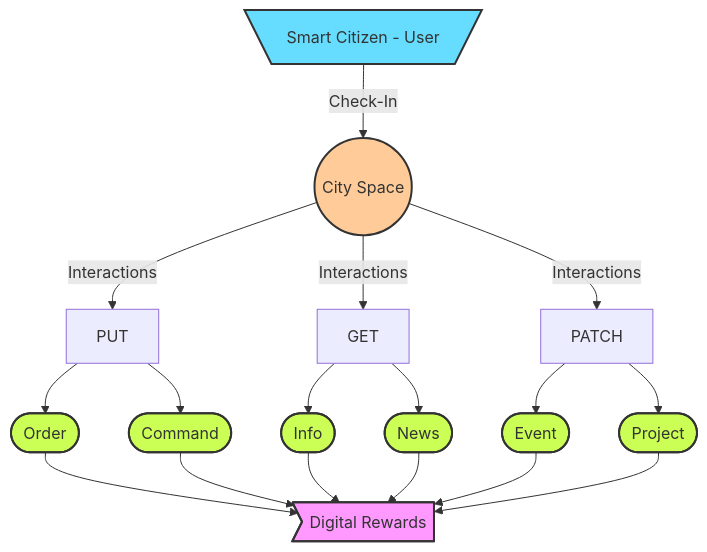
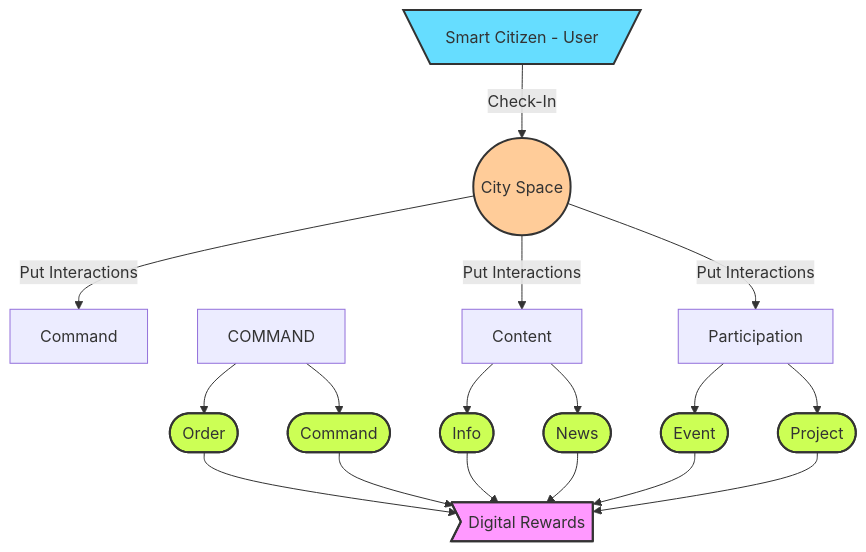
The diagram in pages/roadmap.md (cityos-work/cityos-dev), drawn with Mermaid before and after one commit.

````diff
--- a/pages/roadmap.md
+++ b/pages/roadmap.md
@@ -50,29 +50,29 @@
 ```mermaid
 graph TB;
     USER[\Smart Citizen - User/]-- Check-In -->SPACE((City Space));
-    SPACE-- Interactions -->PUT[PUT];
-    SPACE-- Interactions -->GET[GET];
-    SPACE-- Interactions -->PATCH[PATCH];
+    SPACE-- Put Interactions -->COMMAD[Command];
+    SPACE-- Put Interactions -->CONTENT[Content];
+    SPACE-- Put Interactions -->PARTICIPATION[Participation];
     
-    PUT-->ORDER([Order]);
-    PUT-->COMMAND([Command]);
-    GET-->INFO([Info]);
-    GET-->NEWS([News]);
-    PATCH-->EVENT([Event]);
-    PATCH-->PROJECT([Project]);
+    COMMAND-->ORDER([Order]);
+    COMMAND-->COM([Command]);
+    CONTENT-->INFO([Info]);
+    CONTENT-->NEWS([News]);
+    PARTICIPATION-->EVENT([Event]);
+    PARTICIPATION-->PROJECT([Project]);
     ORDER-->REWARD>Digital Rewards];
-    COMMAND-->REWARD;
+    COM-->REWARD;
     INFO-->REWARD;
     NEWS-->REWARD;
     EVENT-->REWARD;
     PROJECT-->REWARD;
     style USER fill:#6df,stroke:#333,stroke-width:2px
     style SPACE fill:#fc9,stroke:#333,stroke-width:2px
     style ORDER fill:#CF5, stroke:#333,stroke-width:2px
-    style COMMAND fill:#CF5, stroke:#333,stroke-width:2px
+    style COM fill:#CF5, stroke:#333,stroke-width:2px
     style INFO fill:#CF5, stroke:#333,stroke-width:2px
     style NEWS fill:#CF5, stroke:#333,stroke-width:2px
     style EVENT fill:#CF5, stroke:#333,stroke-width:2px
     style PROJECT fill:#CF5, stroke:#333,stroke-width:2px
     style REWARD fill:#f9f,stroke:#333,stroke-width:2px   
 ```
````
